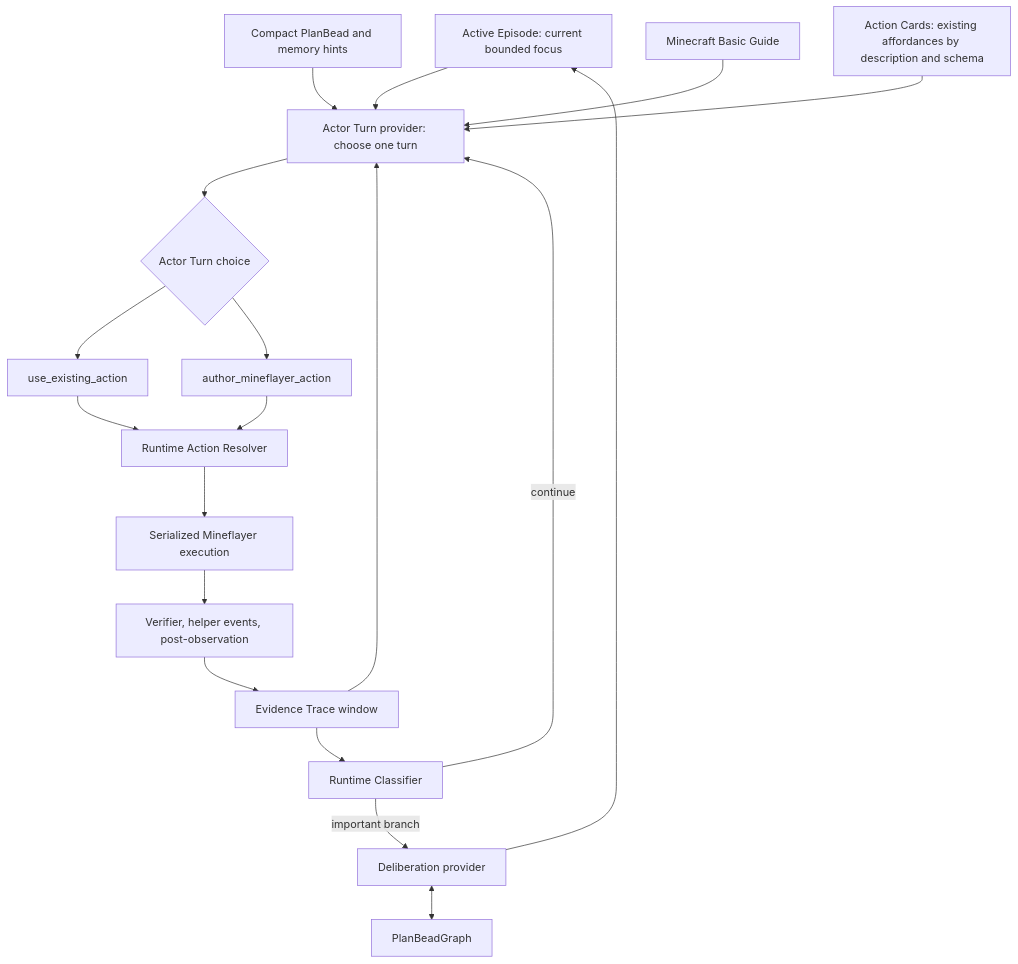
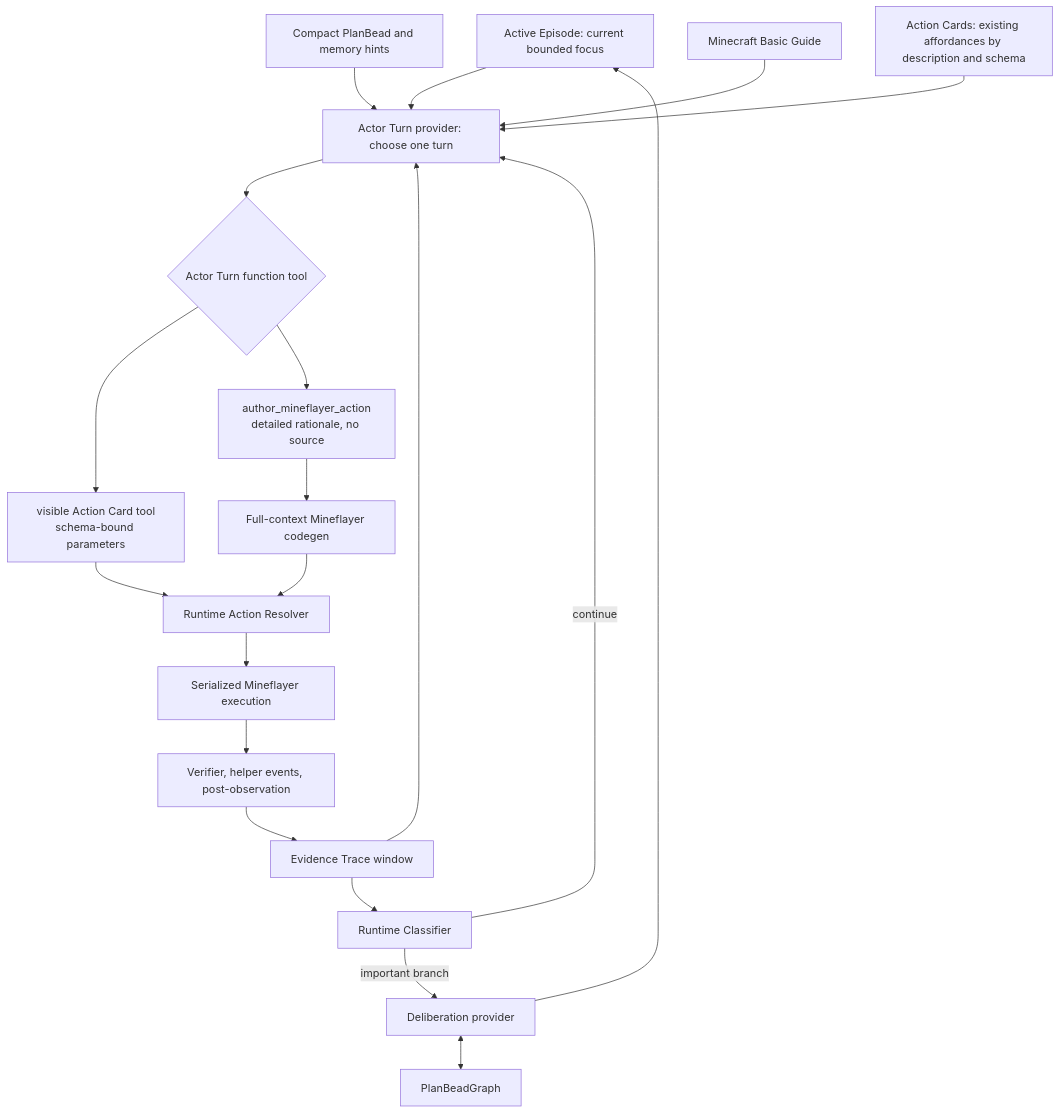
The second of 2 diagrams in docs/blog-doc/Architecture/Actor-Episode-And-Actor-Turn-Architecture.md (gigio1023/minecraft-llm-agent-community), drawn with Mermaid before and after one commit. The commit also changed other lines of this file and 218 other files, not shown here.

Commit message:
Align Actor Turn tool calling runtime

````diff
--- a/docs/blog-doc/Architecture/Actor-Episode-And-Actor-Turn-Architecture.md
+++ b/docs/blog-doc/Architecture/Actor-Episode-And-Actor-Turn-Architecture.md
@@ -101,23 +105,24 @@
 ```mermaid
 flowchart TD
   Episode["Active Episode: current bounded focus"] --> Turn["Actor Turn provider: choose one turn"]
   Hints["Compact PlanBead and memory hints"] --> Turn
   Guide["Minecraft Basic Guide"] --> Turn
   Cards["Action Cards: existing affordances by description and schema"] --> Turn
   Trace["Evidence Trace window"] --> Turn
 
-  Turn --> Choice{"Actor Turn choice"}
-  Choice --> Existing["use_existing_action"]
-  Choice --> Author["author_mineflayer_action"]
+  Turn --> Choice{"Actor Turn function tool"}
+  Choice --> Existing["visible Action Card tool<br/>schema-bound parameters"]
+  Choice --> Author["author_mineflayer_action<br/>detailed rationale, no source"]
   Existing --> Resolver["Runtime Action Resolver"]
-  Author --> Resolver
+  Author --> Codegen["Full-context Mineflayer codegen"]
+  Codegen --> Resolver
   Resolver --> Execute["Serialized Mineflayer execution"]
   Execute --> Evidence["Verifier, helper events, post-observation"]
   Evidence --> Trace
   Trace --> Classifier["Runtime Classifier"]
 
   Classifier -->|continue| Turn
   Classifier -->|important branch| Deliberation["Deliberation provider"]
   Deliberation <--> Beads["PlanBeadGraph"]
   Deliberation --> Episode
 ```
````
